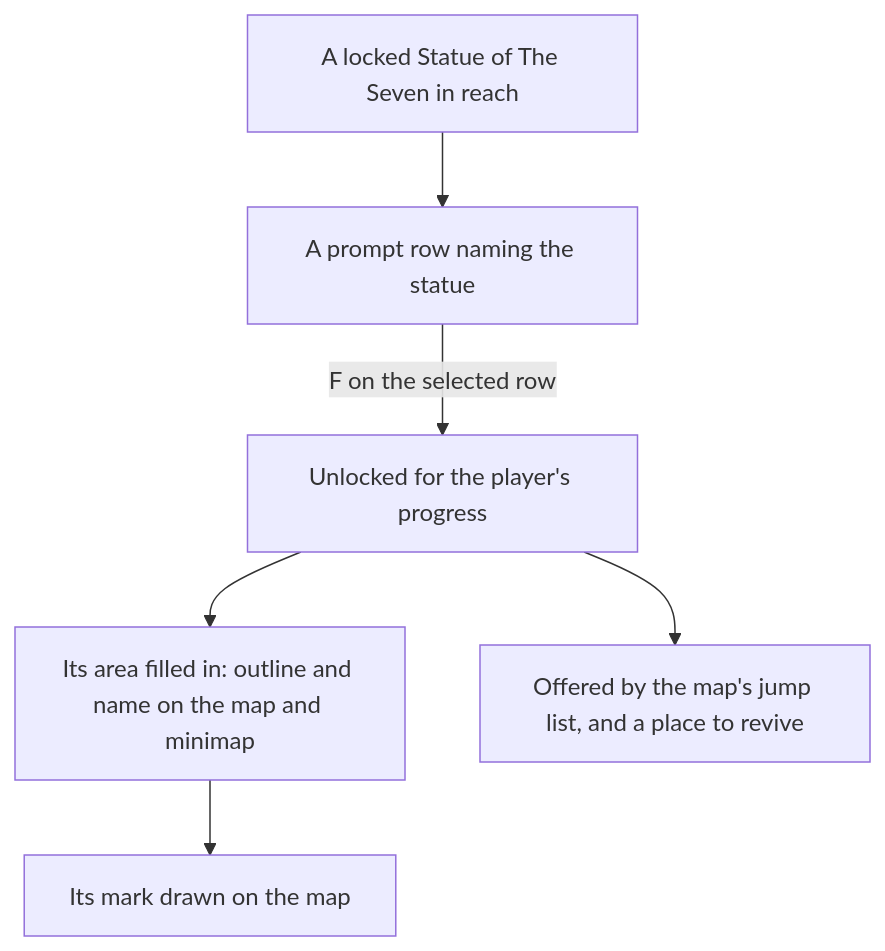
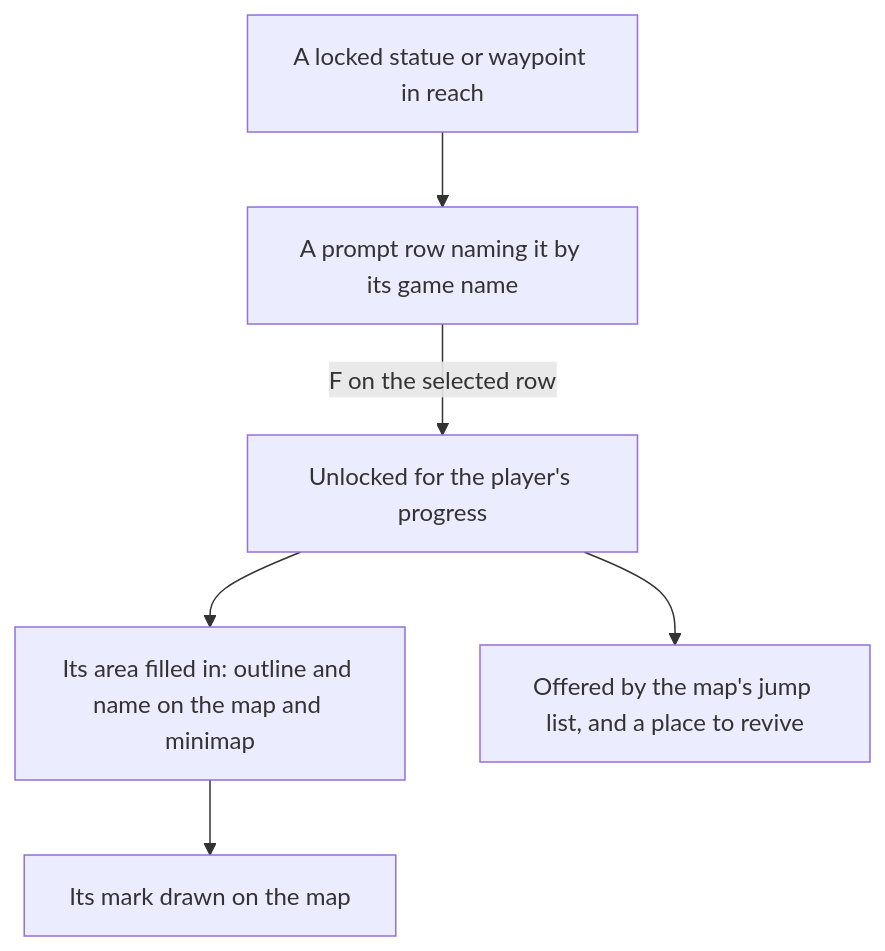
The diagram in openspec/specs/genshin/map-unlocking/design.md (Esposter/Esposter), drawn with Mermaid before and after one commit. The commit also changed other lines of this file and 2 other files, not shown here.

````diff
--- a/openspec/specs/genshin/map-unlocking/design.md
+++ b/openspec/specs/genshin/map-unlocking/design.md
@@ -7,8 +7,8 @@
 ```mermaid
 flowchart TD
-  NEAR["A locked Statue of The Seven in reach"] --> PROMPT["A prompt row naming the statue"]
+  NEAR["A locked statue or waypoint in reach"] --> PROMPT["A prompt row naming it by its game name"]
   PROMPT -->|"F on the selected row"| UNLOCK["Unlocked for the player's progress"]
   UNLOCK --> FILL["Its area filled in: outline and name on the map and minimap"]
   UNLOCK --> JUMP["Offered by the map's jump list, and a place to revive"]
   FILL --> MARK["Its mark drawn on the map"]
 ```
````
